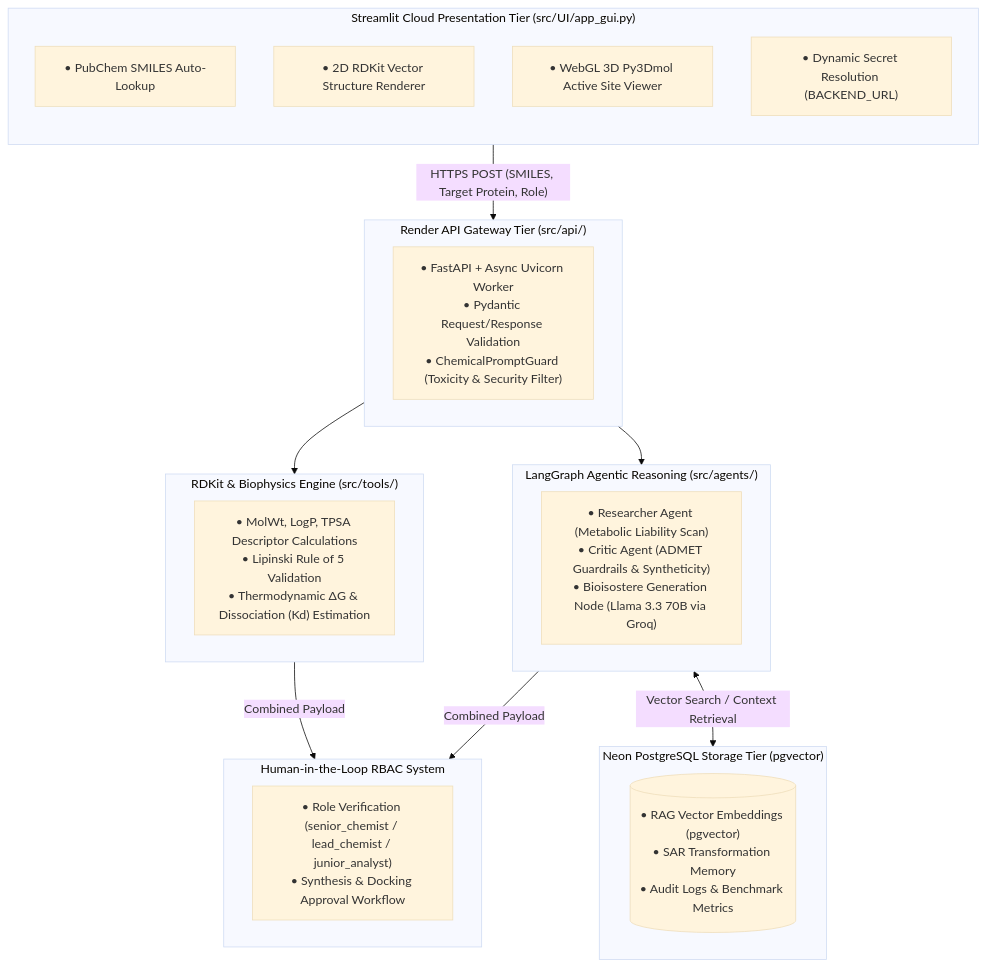
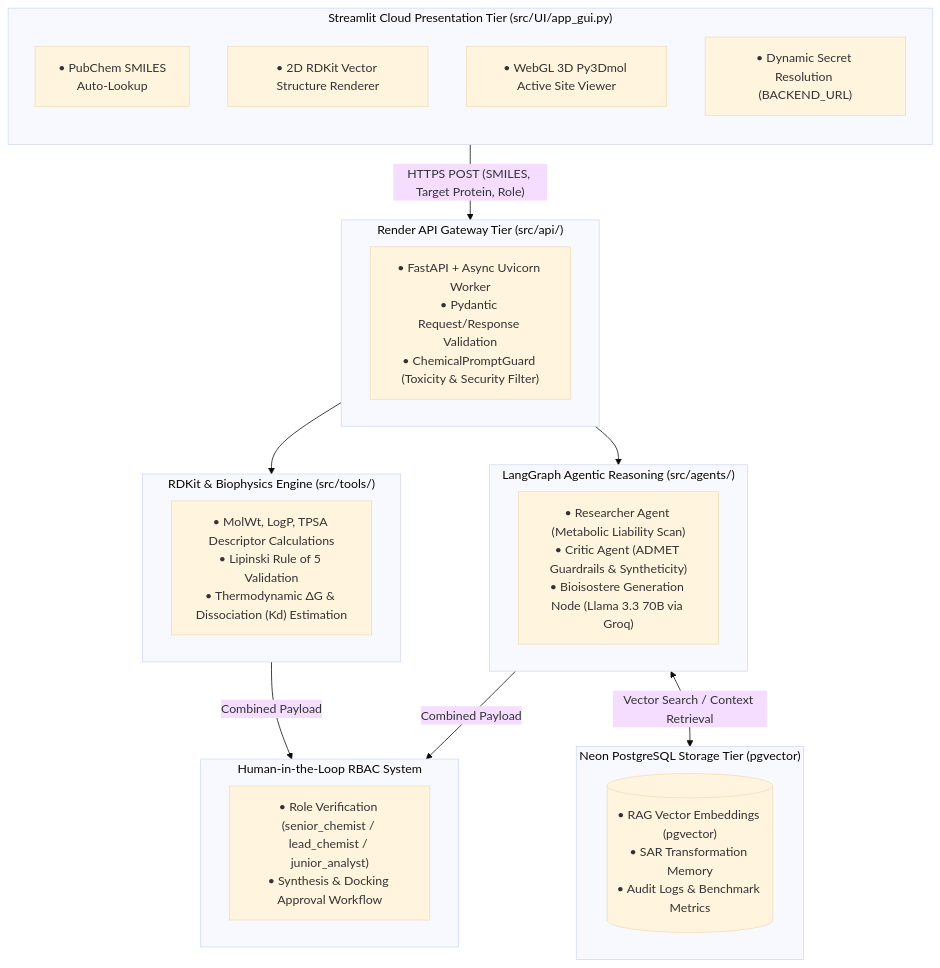
The diagram in README.md (akkamble90/LeadOpt-AI), drawn with Mermaid (base theme) before and after one commit.

````diff
--- a/README.md
+++ b/README.md
@@ -32,37 +32,37 @@
 ```mermaid
 graph TD
     subgraph UI_Layer[" Streamlit Cloud Presentation Tier (src/UI/app_gui.py)"]
         direction TB
-        UI1["`• PubChem SMILES Auto-Lookup`"]
+        UI1["• PubChem SMILES<br/>Auto-Lookup"]
         UI2["• 2D RDKit Vector Structure Renderer"]
         UI3["• WebGL 3D Py3Dmol Active Site Viewer"]
         UI4["• Dynamic Secret Resolution (BACKEND_URL)"]
     end
 
     subgraph API_Layer[" Render API Gateway Tier (src/api/)"]
         API["• FastAPI + Async Uvicorn Worker<br/>• Pydantic Request/Response Validation<br/>• ChemicalPromptGuard (Toxicity & Security Filter)"]
     end
 
     subgraph Comp_Engine[" RDKit & Biophysics Engine (src/tools/)"]
         RDKit["• MolWt, LogP, TPSA Descriptor Calculations<br/>• Lipinski Rule of 5 Validation<br/>• Thermodynamic ΔG & Dissociation (Kd) Estimation"]
     end
 
     subgraph Agent_Orch[" LangGraph Agentic Reasoning (src/agents/)"]
         Graph["• Researcher Agent (Metabolic Liability Scan)<br/>• Critic Agent (ADMET Guardrails & Syntheticity)<br/>• Bioisostere Generation Node (Llama 3.3 70B via Groq)"]
     end
 
     subgraph DB_Layer[" Neon PostgreSQL Storage Tier (pgvector)"]
         DB[("• RAG Vector Embeddings (pgvector)<br/>• SAR Transformation Memory<br/>• Audit Logs & Benchmark Metrics")]
     end
 
     subgraph Governance[" Human-in-the-Loop RBAC System"]
         HITL["• Role Verification (senior_chemist / lead_chemist / junior_analyst)<br/>• Synthesis & Docking Approval Workflow"]
     end
 
     UI_Layer -->|"HTTPS POST (SMILES, Target Protein, Role)"| API_Layer
     API_Layer --> Comp_Engine
     API_Layer --> Agent_Orch
     Agent_Orch <-->|"Vector Search / Context Retrieval"| DB_Layer
     Comp_Engine -->|"Combined Payload"| Governance
     Agent_Orch -->|"Combined Payload"| Governance
 ```
````
